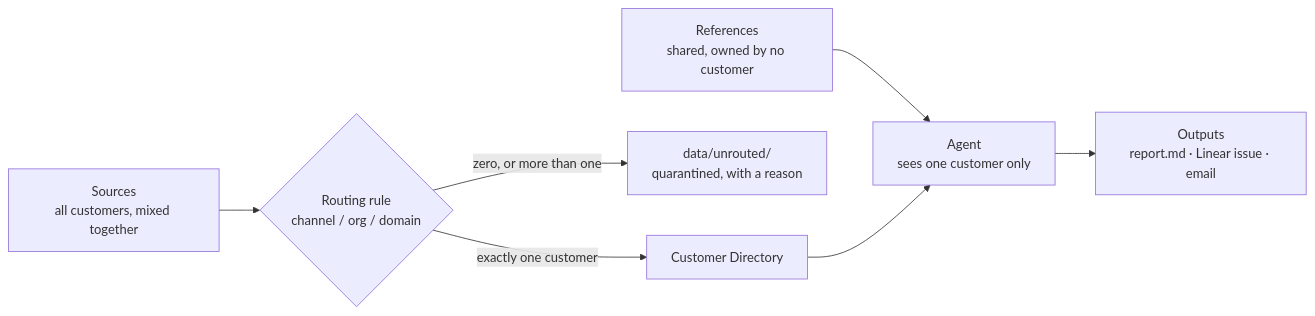
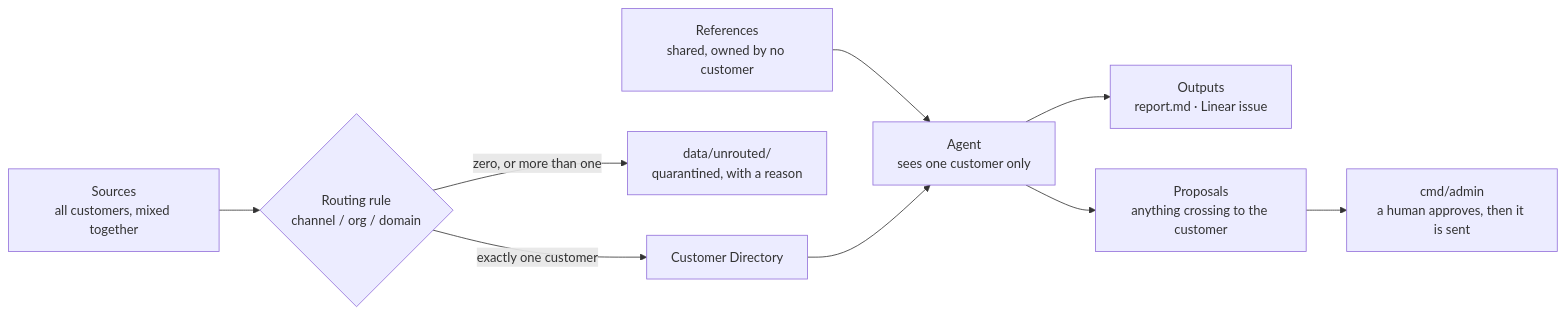
One commit to minsosolutions/syncwell changed the first of 2 diagrams in README.md. Above: the diagram before and after it, drawn with Mermaid. The commit also changed other lines of this file and 2 other files, not shown here.

````diff
--- a/README.md
+++ b/README.md
@@ -69,9 +81,11 @@
 ```mermaid
 flowchart LR
     S["Sources<br/>all customers, mixed together"] --> C{"Routing rule<br/>channel / org / domain"}
     C -->|"exactly one customer"| D["Customer Directory"]
     C -->|"zero, or more than one"| Q["data/unrouted/<br/>quarantined, with a reason"]
     R["References<br/>shared, owned by no customer"] --> A
     D --> A["Agent<br/>sees one customer only"]
-    A --> O["Outputs<br/>report.md · Linear issue · email"]
+    A --> O["Outputs<br/>report.md · Linear issue"]
+    A --> P["Proposals<br/>anything crossing to the customer"]
+    P --> H["cmd/admin<br/>a human approves, then it is sent"]
 ```
````
